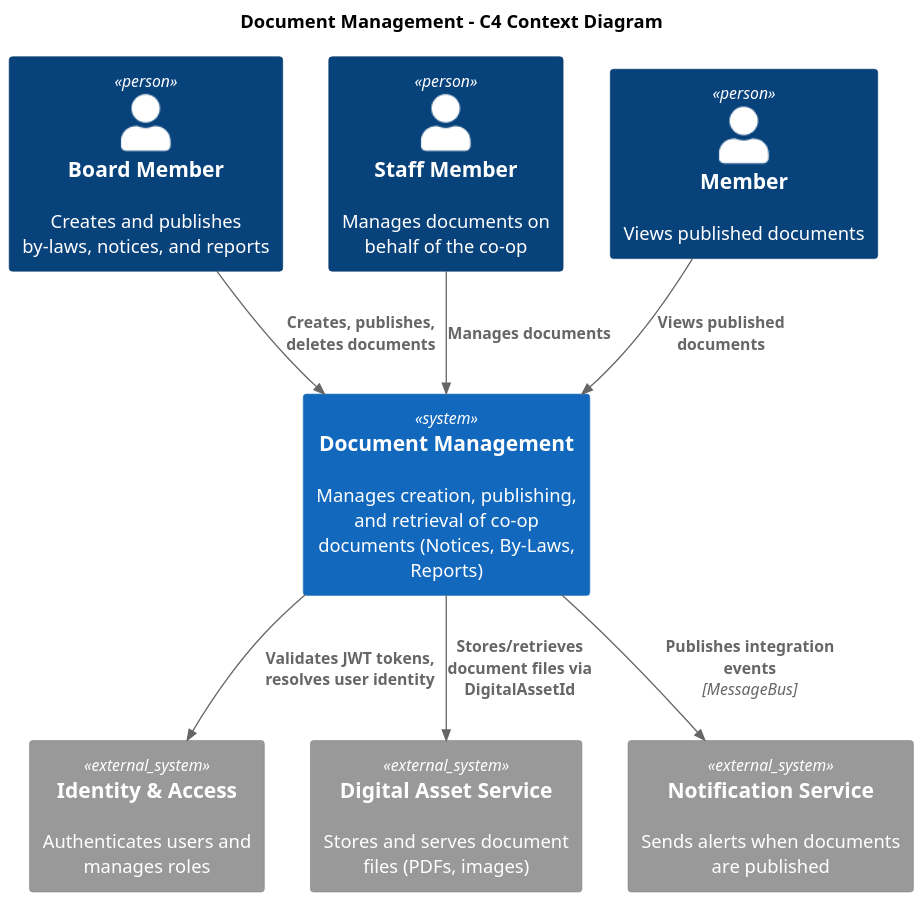
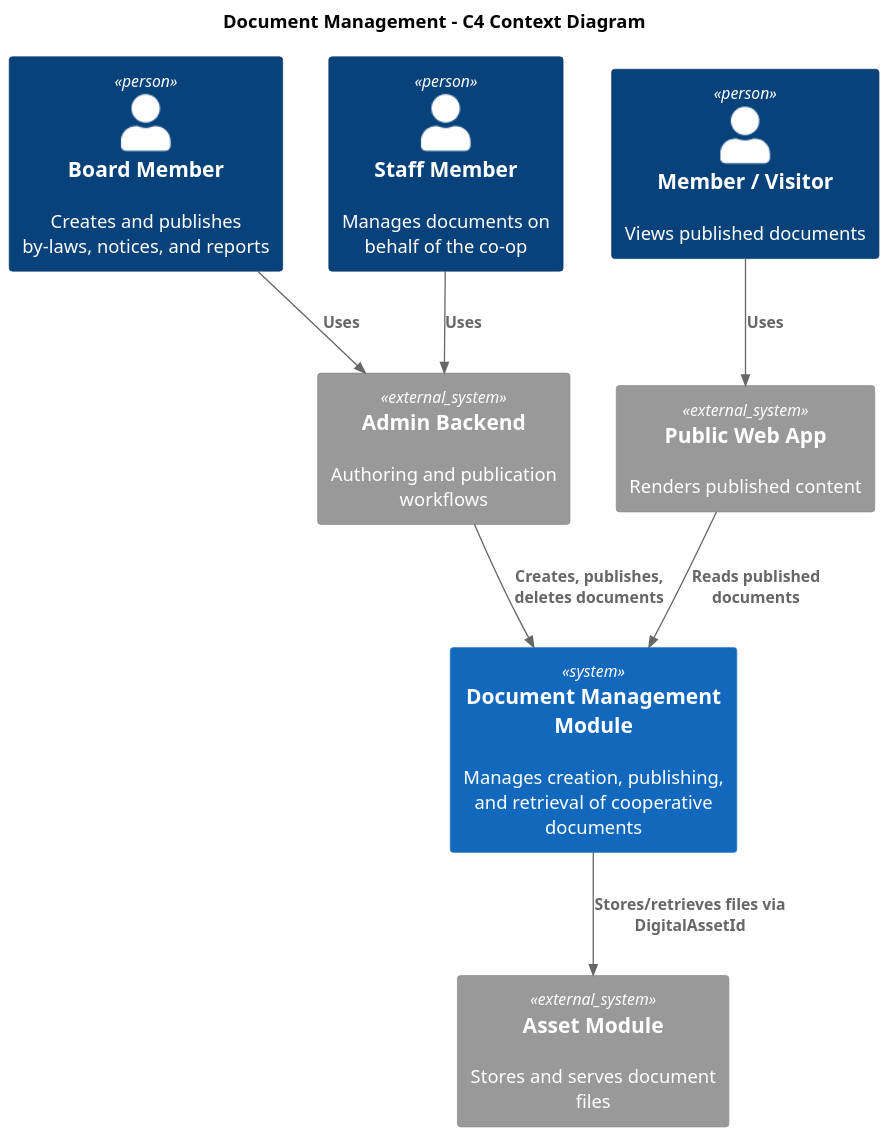
Before and after one commit to QuinntyneBrown/Coop: the diagram in docs/detailed-designs/06-document-management/c4-context.puml, drawn with PlantUML. The commit also changed 7 other files, not shown here.

Commit message:
Update PlantUML diagrams for profile and document management

```diff
--- a/docs/detailed-designs/06-document-management/c4-context.puml
+++ b/docs/detailed-designs/06-document-management/c4-context.puml
@@ -1,27 +1,27 @@
 @startuml
 !include https://raw.githubusercontent.com/plantuml-stdlib/C4-PlantUML/master/C4_Context.puml
 
 skinparam dpi 150
 skinparam pageMargin 10
 
 title Document Management - C4 Context Diagram
 
 Person(boardMember, "Board Member", "Creates and publishes by-laws, notices, and reports")
 Person(staffMember, "Staff Member", "Manages documents on behalf of the co-op")
-Person(member, "Member", "Views published documents")
+Person(member, "Member / Visitor", "Views published documents")
 
-System(docSystem, "Document Management", "Manages creation, publishing, and retrieval of co-op documents (Notices, By-Laws, Reports)")
+System(docSystem, "Document Management Module", "Manages creation, publishing, and retrieval of cooperative documents")
 
-System_Ext(identitySystem, "Identity & Access", "Authenticates users and manages roles")
-System_Ext(digitalAssetSystem, "Digital Asset Service", "Stores and serves document files (PDFs, images)")
-System_Ext(notificationSystem, "Notification Service", "Sends alerts when documents are published")
+System_Ext(adminApp, "Admin Backend", "Authoring and publication workflows")
+System_Ext(publicApp, "Public Web App", "Renders published content")
+System_Ext(assetModule, "Asset Module", "Stores and serves document files")
 
-Rel(boardMember, docSystem, "Creates, publishes, deletes documents")
-Rel(staffMember, docSystem, "Manages documents")
-Rel(member, docSystem, "Views published documents")
+Rel(boardMember, adminApp, "Uses")
+Rel(staffMember, adminApp, "Uses")
+Rel(member, publicApp, "Uses")
 
-Rel(docSystem, identitySystem, "Validates JWT tokens, resolves user identity")
-Rel(docSystem, digitalAssetSystem, "Stores/retrieves document files via DigitalAssetId")
-Rel(docSystem, notificationSystem, "Publishes integration events", "MessageBus")
+Rel(adminApp, docSystem, "Creates, publishes, deletes documents")
+Rel(publicApp, docSystem, "Reads published documents")
+Rel(docSystem, assetModule, "Stores/retrieves files via DigitalAssetId")
 
 @enduml
```
